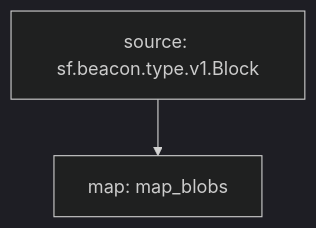
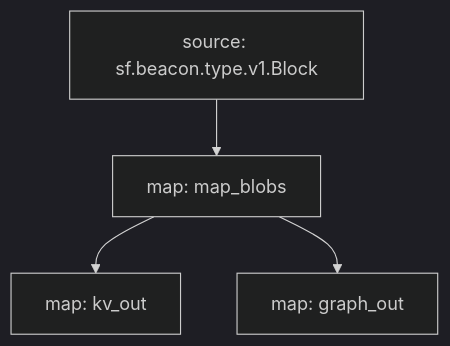
Before and after one commit to pinax-network/eth-blobs: the diagram in substreams/README.md, drawn with Mermaid (dark theme). The commit also changed other lines of this file and 37 other files, not shown here.

````diff
--- a/substreams/README.md
+++ b/substreams/README.md
@@ -19,6 +38,9 @@
 ```mermaid
 graph TD;
   map_blobs[map: map_blobs];
   sf.beacon.type.v1.Block[source: sf.beacon.type.v1.Block] --> map_blobs;
-
+  kv_out[map: kv_out];
+  map_blobs --> kv_out;
+  graph_out[map: graph_out];
+  map_blobs --> graph_out;
 ```
````
